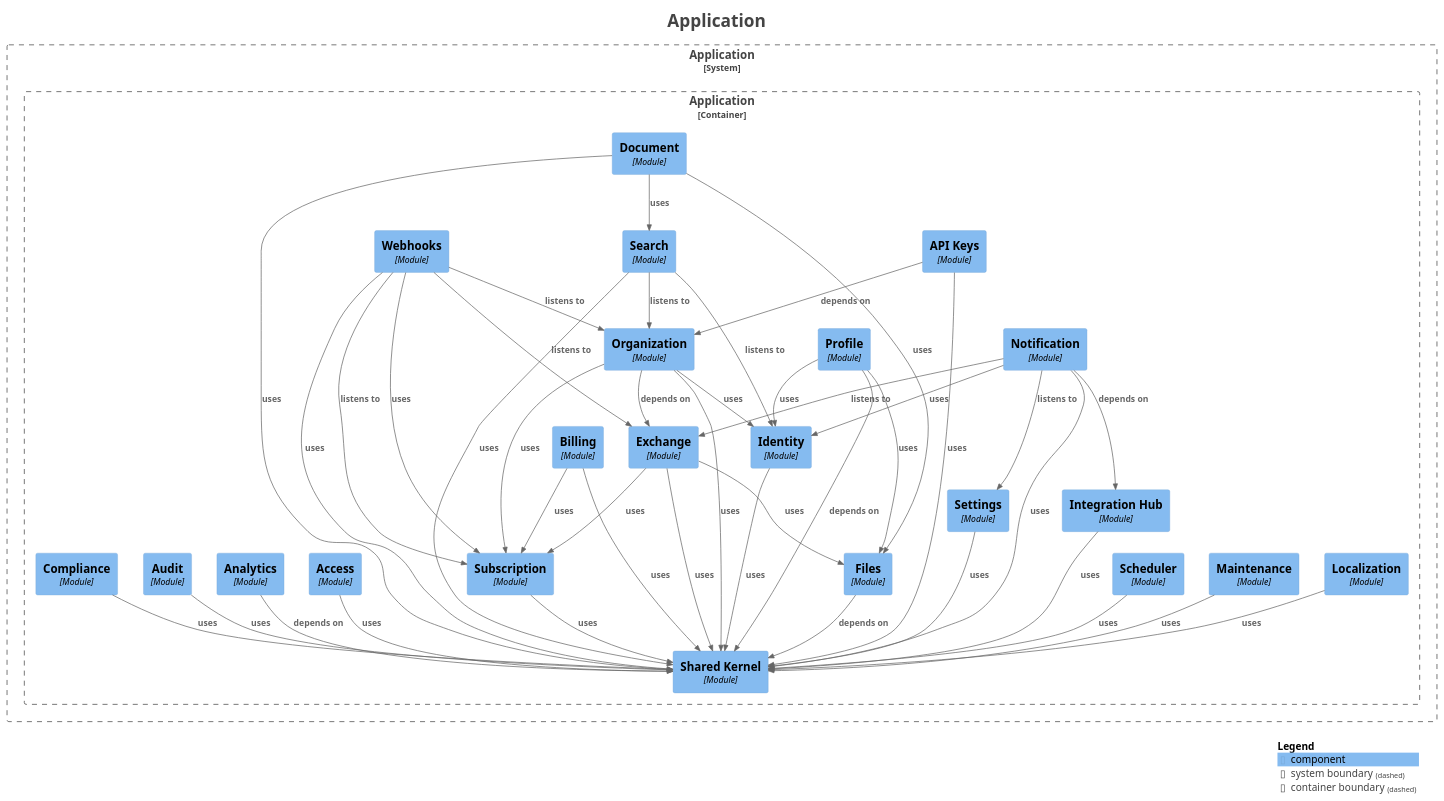
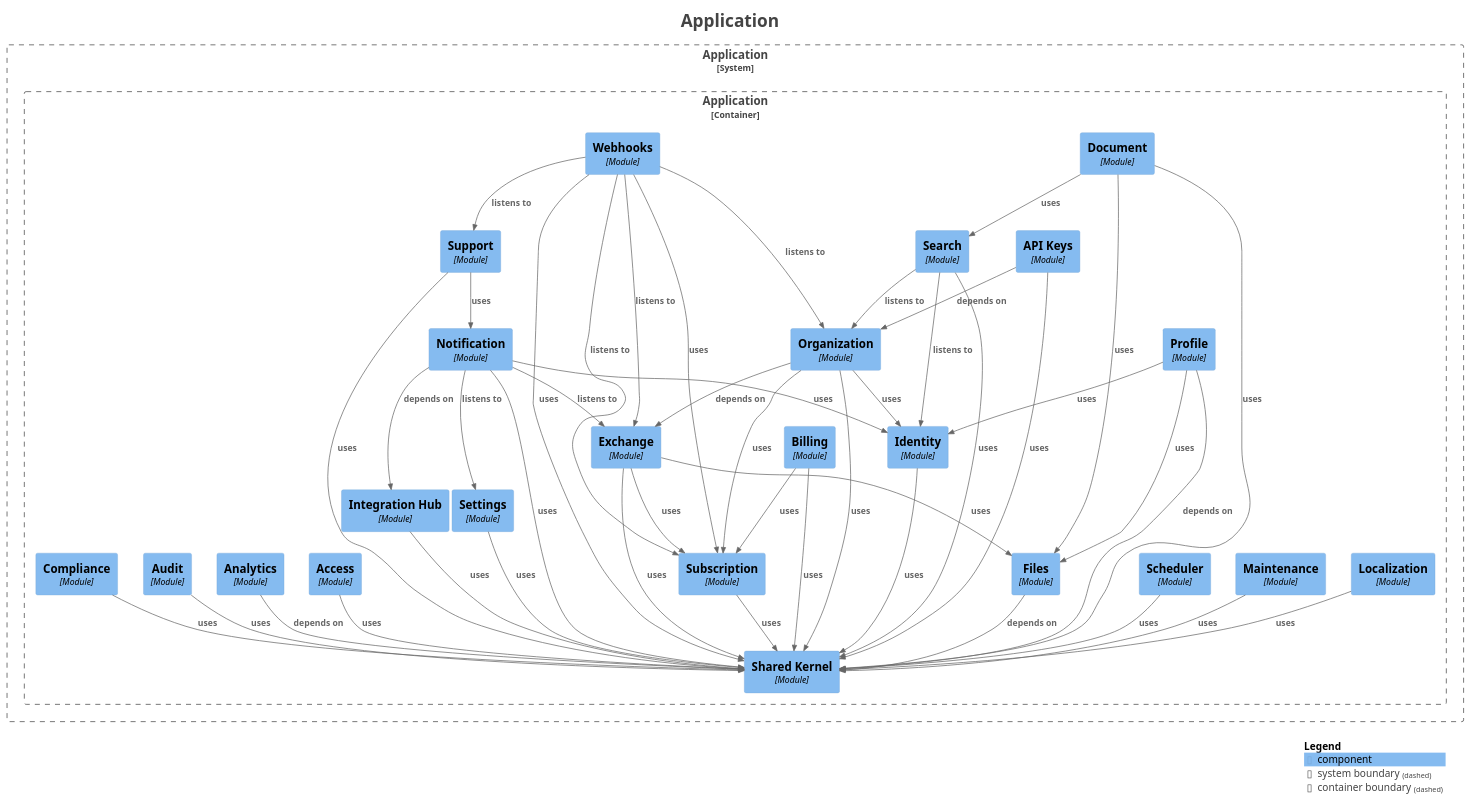
The diagram in docs/modulith/components.puml (Paul-Ayesiga/enterprise-modulith-template), drawn with PlantUML before and after one commit. The commit also changed 30 other files, not shown here.

```diff
--- a/docs/modulith/components.puml
+++ b/docs/modulith/components.puml
@@ -1,91 +1,95 @@
 @startuml
 title <size:24>Application</size>
 
 set separator none
 top to bottom direction
 
 <style>
   root {
     BackgroundColor: #ffffff
     FontColor: #444444
   }
 </style>
 
 !include <C4/C4>
 !include <C4/C4_Context>
 !include <C4/C4_Component>
 
 System_Boundary("Application_boundary", "Application", $tags="") {
   Container_Boundary("Application.Application_boundary", "Application", $tags="") {
     Component(Application.Application.IntegrationHub, "Integration Hub", $techn="Module", $descr="", $tags="", $link="")
     Component(Application.Application.Localization, "Localization", $techn="Module", $descr="", $tags="", $link="")
     Component(Application.Application.Maintenance, "Maintenance", $techn="Module", $descr="", $tags="", $link="")
     Component(Application.Application.Scheduler, "Scheduler", $techn="Module", $descr="", $tags="", $link="")
     Component(Application.Application.Settings, "Settings", $techn="Module", $descr="", $tags="", $link="")
     Component(Application.Application.Subscription, "Subscription", $techn="Module", $descr="", $tags="", $link="")
     Component(Application.Application.Billing, "Billing", $techn="Module", $descr="", $tags="", $link="")
     Component(Application.Application.Exchange, "Exchange", $techn="Module", $descr="", $tags="", $link="")
     Component(Application.Application.Profile, "Profile", $techn="Module", $descr="", $tags="", $link="")
     Component(Application.Application.Notification, "Notification", $techn="Module", $descr="", $tags="", $link="")
     Component(Application.Application.Organization, "Organization", $techn="Module", $descr="", $tags="", $link="")
     Component(Application.Application.APIKeys, "API Keys", $techn="Module", $descr="", $tags="", $link="")
     Component(Application.Application.Search, "Search", $techn="Module", $descr="", $tags="", $link="")
+    Component(Application.Application.Support, "Support", $techn="Module", $descr="", $tags="", $link="")
+    Component(Application.Application.Document, "Document", $techn="Module", $descr="", $tags="", $link="")
     Component(Application.Application.Webhooks, "Webhooks", $techn="Module", $descr="", $tags="", $link="")
-    Component(Application.Application.Document, "Document", $techn="Module", $descr="", $tags="", $link="")
     Component(Application.Application.SharedKernel, "Shared Kernel", $techn="Module", $descr="", $tags="", $link="")
     Component(Application.Application.Access, "Access", $techn="Module", $descr="", $tags="", $link="")
     Component(Application.Application.Analytics, "Analytics", $techn="Module", $descr="", $tags="", $link="")
     Component(Application.Application.Audit, "Audit", $techn="Module", $descr="", $tags="", $link="")
     Component(Application.Application.Compliance, "Compliance", $techn="Module", $descr="", $tags="", $link="")
     Component(Application.Application.Files, "Files", $techn="Module", $descr="", $tags="", $link="")
     Component(Application.Application.Identity, "Identity", $techn="Module", $descr="", $tags="", $link="")
   }
 
 }
 
-Rel(Application.Application.Compliance, Application.Application.SharedKernel, "uses", $techn="", $tags="", $link="")
-Rel(Application.Application.Maintenance, Application.Application.SharedKernel, "uses", $techn="", $tags="", $link="")
+Rel(Application.Application.Scheduler, Application.Application.SharedKernel, "uses", $techn="", $tags="", $link="")
+Rel(Application.Application.APIKeys, Application.Application.Organization, "depends on", $techn="", $tags="", $link="")
+Rel(Application.Application.APIKeys, Application.Application.SharedKernel, "uses", $techn="", $tags="", $link="")
+Rel(Application.Application.Profile, Application.Application.SharedKernel, "depends on", $techn="", $tags="", $link="")
+Rel(Application.Application.Profile, Application.Application.Identity, "uses", $techn="", $tags="", $link="")
+Rel(Application.Application.Profile, Application.Application.Files, "uses", $techn="", $tags="", $link="")
+Rel(Application.Application.IntegrationHub, Application.Application.SharedKernel, "uses", $techn="", $tags="", $link="")
+Rel(Application.Application.Search, Application.Application.Organization, "listens to", $techn="", $tags="", $link="")
+Rel(Application.Application.Search, Application.Application.Identity, "listens to", $techn="", $tags="", $link="")
+Rel(Application.Application.Search, Application.Application.SharedKernel, "uses", $techn="", $tags="", $link="")
 Rel(Application.Application.Access, Application.Application.SharedKernel, "uses", $techn="", $tags="", $link="")
-Rel(Application.Application.Analytics, Application.Application.SharedKernel, "depends on", $techn="", $tags="", $link="")
-Rel(Application.Application.Document, Application.Application.Files, "uses", $techn="", $tags="", $link="")
-Rel(Application.Application.Document, Application.Application.Search, "uses", $techn="", $tags="", $link="")
-Rel(Application.Application.Document, Application.Application.SharedKernel, "uses", $techn="", $tags="", $link="")
+Rel(Application.Application.Subscription, Application.Application.SharedKernel, "uses", $techn="", $tags="", $link="")
+Rel(Application.Application.Settings, Application.Application.SharedKernel, "uses", $techn="", $tags="", $link="")
+Rel(Application.Application.Files, Application.Application.SharedKernel, "depends on", $techn="", $tags="", $link="")
+Rel(Application.Application.Organization, Application.Application.Exchange, "depends on", $techn="", $tags="", $link="")
+Rel(Application.Application.Organization, Application.Application.Identity, "uses", $techn="", $tags="", $link="")
+Rel(Application.Application.Organization, Application.Application.SharedKernel, "uses", $techn="", $tags="", $link="")
+Rel(Application.Application.Organization, Application.Application.Subscription, "uses", $techn="", $tags="", $link="")
+Rel(Application.Application.Localization, Application.Application.SharedKernel, "uses", $techn="", $tags="", $link="")
 Rel(Application.Application.Audit, Application.Application.SharedKernel, "uses", $techn="", $tags="", $link="")
+Rel(Application.Application.Webhooks, Application.Application.Organization, "listens to", $techn="", $tags="", $link="")
+Rel(Application.Application.Webhooks, Application.Application.Support, "listens to", $techn="", $tags="", $link="")
+Rel(Application.Application.Webhooks, Application.Application.Subscription, "listens to", $techn="", $tags="", $link="")
+Rel(Application.Application.Webhooks, Application.Application.Exchange, "listens to", $techn="", $tags="", $link="")
+Rel(Application.Application.Webhooks, Application.Application.SharedKernel, "uses", $techn="", $tags="", $link="")
+Rel(Application.Application.Webhooks, Application.Application.Subscription, "uses", $techn="", $tags="", $link="")
 Rel(Application.Application.Exchange, Application.Application.Files, "uses", $techn="", $tags="", $link="")
 Rel(Application.Application.Exchange, Application.Application.SharedKernel, "uses", $techn="", $tags="", $link="")
 Rel(Application.Application.Exchange, Application.Application.Subscription, "uses", $techn="", $tags="", $link="")
 Rel(Application.Application.Notification, Application.Application.Exchange, "listens to", $techn="", $tags="", $link="")
 Rel(Application.Application.Notification, Application.Application.Settings, "listens to", $techn="", $tags="", $link="")
 Rel(Application.Application.Notification, Application.Application.IntegrationHub, "depends on", $techn="", $tags="", $link="")
 Rel(Application.Application.Notification, Application.Application.SharedKernel, "uses", $techn="", $tags="", $link="")
 Rel(Application.Application.Notification, Application.Application.Identity, "uses", $techn="", $tags="", $link="")
-Rel(Application.Application.Settings, Application.Application.SharedKernel, "uses", $techn="", $tags="", $link="")
-Rel(Application.Application.Webhooks, Application.Application.Exchange, "listens to", $techn="", $tags="", $link="")
-Rel(Application.Application.Webhooks, Application.Application.Organization, "listens to", $techn="", $tags="", $link="")
-Rel(Application.Application.Webhooks, Application.Application.Subscription, "listens to", $techn="", $tags="", $link="")
-Rel(Application.Application.Webhooks, Application.Application.SharedKernel, "uses", $techn="", $tags="", $link="")
-Rel(Application.Application.Webhooks, Application.Application.Subscription, "uses", $techn="", $tags="", $link="")
+Rel(Application.Application.Document, Application.Application.Files, "uses", $techn="", $tags="", $link="")
+Rel(Application.Application.Document, Application.Application.Search, "uses", $techn="", $tags="", $link="")
+Rel(Application.Application.Document, Application.Application.SharedKernel, "uses", $techn="", $tags="", $link="")
 Rel(Application.Application.Identity, Application.Application.SharedKernel, "uses", $techn="", $tags="", $link="")
+Rel(Application.Application.Analytics, Application.Application.SharedKernel, "depends on", $techn="", $tags="", $link="")
+Rel(Application.Application.Support, Application.Application.Notification, "uses", $techn="", $tags="", $link="")
+Rel(Application.Application.Support, Application.Application.SharedKernel, "uses", $techn="", $tags="", $link="")
 Rel(Application.Application.Billing, Application.Application.Subscription, "uses", $techn="", $tags="", $link="")
 Rel(Application.Application.Billing, Application.Application.SharedKernel, "uses", $techn="", $tags="", $link="")
-Rel(Application.Application.APIKeys, Application.Application.Organization, "depends on", $techn="", $tags="", $link="")
-Rel(Application.Application.APIKeys, Application.Application.SharedKernel, "uses", $techn="", $tags="", $link="")
-Rel(Application.Application.Profile, Application.Application.SharedKernel, "depends on", $techn="", $tags="", $link="")
-Rel(Application.Application.Profile, Application.Application.Identity, "uses", $techn="", $tags="", $link="")
-Rel(Application.Application.Profile, Application.Application.Files, "uses", $techn="", $tags="", $link="")
-Rel(Application.Application.IntegrationHub, Application.Application.SharedKernel, "uses", $techn="", $tags="", $link="")
-Rel(Application.Application.Scheduler, Application.Application.SharedKernel, "uses", $techn="", $tags="", $link="")
-Rel(Application.Application.Files, Application.Application.SharedKernel, "depends on", $techn="", $tags="", $link="")
-Rel(Application.Application.Subscription, Application.Application.SharedKernel, "uses", $techn="", $tags="", $link="")
-Rel(Application.Application.Organization, Application.Application.Exchange, "depends on", $techn="", $tags="", $link="")
-Rel(Application.Application.Organization, Application.Application.Identity, "uses", $techn="", $tags="", $link="")
-Rel(Application.Application.Organization, Application.Application.SharedKernel, "uses", $techn="", $tags="", $link="")
-Rel(Application.Application.Organization, Application.Application.Subscription, "uses", $techn="", $tags="", $link="")
-Rel(Application.Application.Search, Application.Application.Identity, "listens to", $techn="", $tags="", $link="")
-Rel(Application.Application.Search, Application.Application.Organization, "listens to", $techn="", $tags="", $link="")
-Rel(Application.Application.Search, Application.Application.SharedKernel, "uses", $techn="", $tags="", $link="")
-Rel(Application.Application.Localization, Application.Application.SharedKernel, "uses", $techn="", $tags="", $link="")
+Rel(Application.Application.Maintenance, Application.Application.SharedKernel, "uses", $techn="", $tags="", $link="")
+Rel(Application.Application.Compliance, Application.Application.SharedKernel, "uses", $techn="", $tags="", $link="")
 
 SHOW_LEGEND(true)
 hide stereotypes
 @enduml
```
